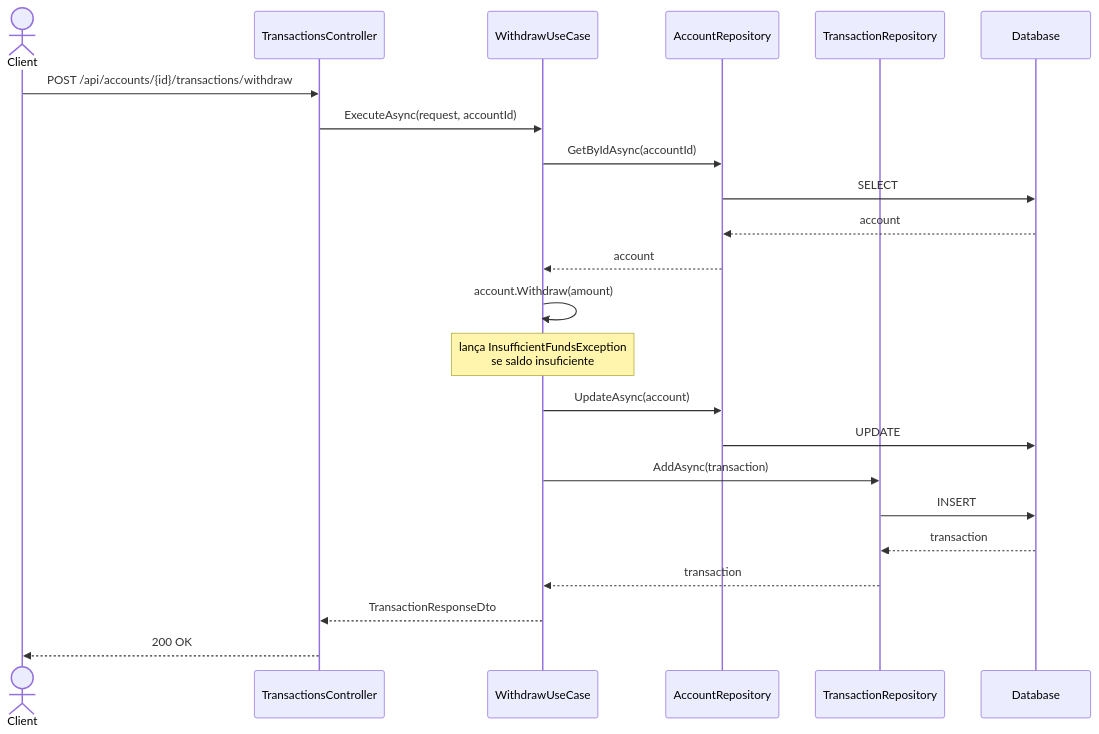
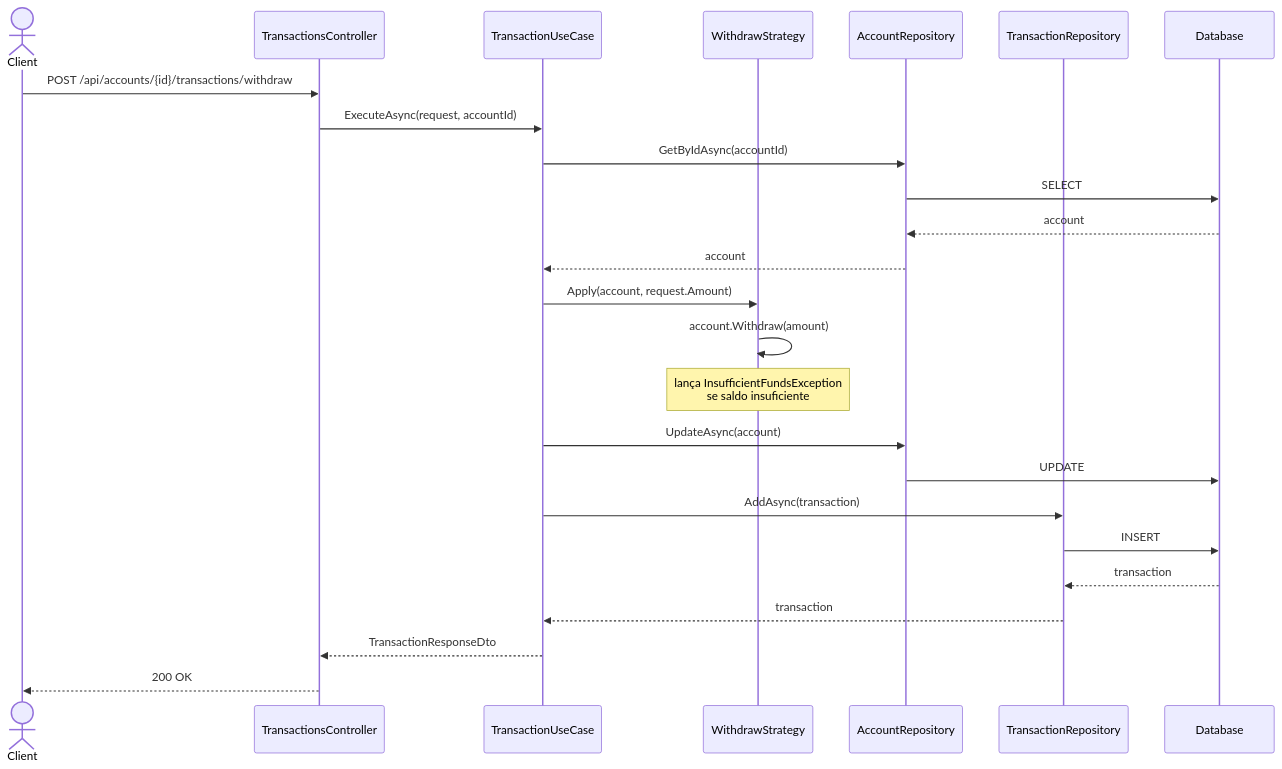
One commit to EduardoNdL/BankCrudtask changed the third of 5 diagrams in README.md. Above: the diagram before and after it, drawn with Mermaid. The commit also changed other lines of this file, not shown here.

````diff
--- a/README.md
+++ b/README.md
@@ -120,26 +131,28 @@
 ```mermaid
 sequenceDiagram
     actor Client
     participant TransactionsController
-    participant WithdrawUseCase
+    participant TransactionUseCase
+    participant WithdrawStrategy
     participant AccountRepository
     participant TransactionRepository
     participant Database
 
     Client->>TransactionsController: POST /api/accounts/{id}/transactions/withdraw
-    TransactionsController->>WithdrawUseCase: ExecuteAsync(request, accountId)
-    WithdrawUseCase->>AccountRepository: GetByIdAsync(accountId)
+    TransactionsController->>TransactionUseCase: ExecuteAsync(request, accountId)
+    TransactionUseCase->>AccountRepository: GetByIdAsync(accountId)
     AccountRepository->>Database: SELECT
     Database-->>AccountRepository: account
-    AccountRepository-->>WithdrawUseCase: account
-    WithdrawUseCase->>WithdrawUseCase: account.Withdraw(amount)
-    Note over WithdrawUseCase: lança InsufficientFundsException<br/>se saldo insuficiente
-    WithdrawUseCase->>AccountRepository: UpdateAsync(account)
+    AccountRepository-->>TransactionUseCase: account
+    TransactionUseCase->>WithdrawStrategy: Apply(account, request.Amount)
+    WithdrawStrategy->>WithdrawStrategy: account.Withdraw(amount)
+    Note over WithdrawStrategy: lança InsufficientFundsException<br/>se saldo insuficiente
+    TransactionUseCase->>AccountRepository: UpdateAsync(account)
     AccountRepository->>Database: UPDATE
-    WithdrawUseCase->>TransactionRepository: AddAsync(transaction)
+    TransactionUseCase->>TransactionRepository: AddAsync(transaction)
     TransactionRepository->>Database: INSERT
     Database-->>TransactionRepository: transaction
-    TransactionRepository-->>WithdrawUseCase: transaction
-    WithdrawUseCase-->>TransactionsController: TransactionResponseDto
+    TransactionRepository-->>TransactionUseCase: transaction
+    TransactionUseCase-->>TransactionsController: TransactionResponseDto
     TransactionsController-->>Client: 200 OK
 ```
````
